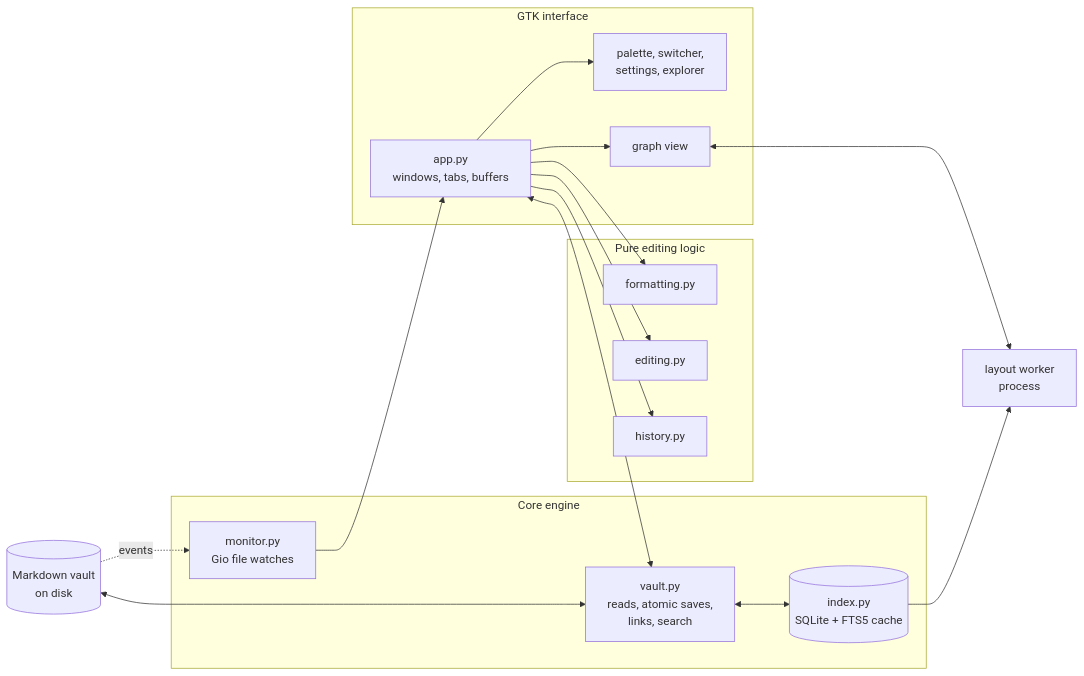
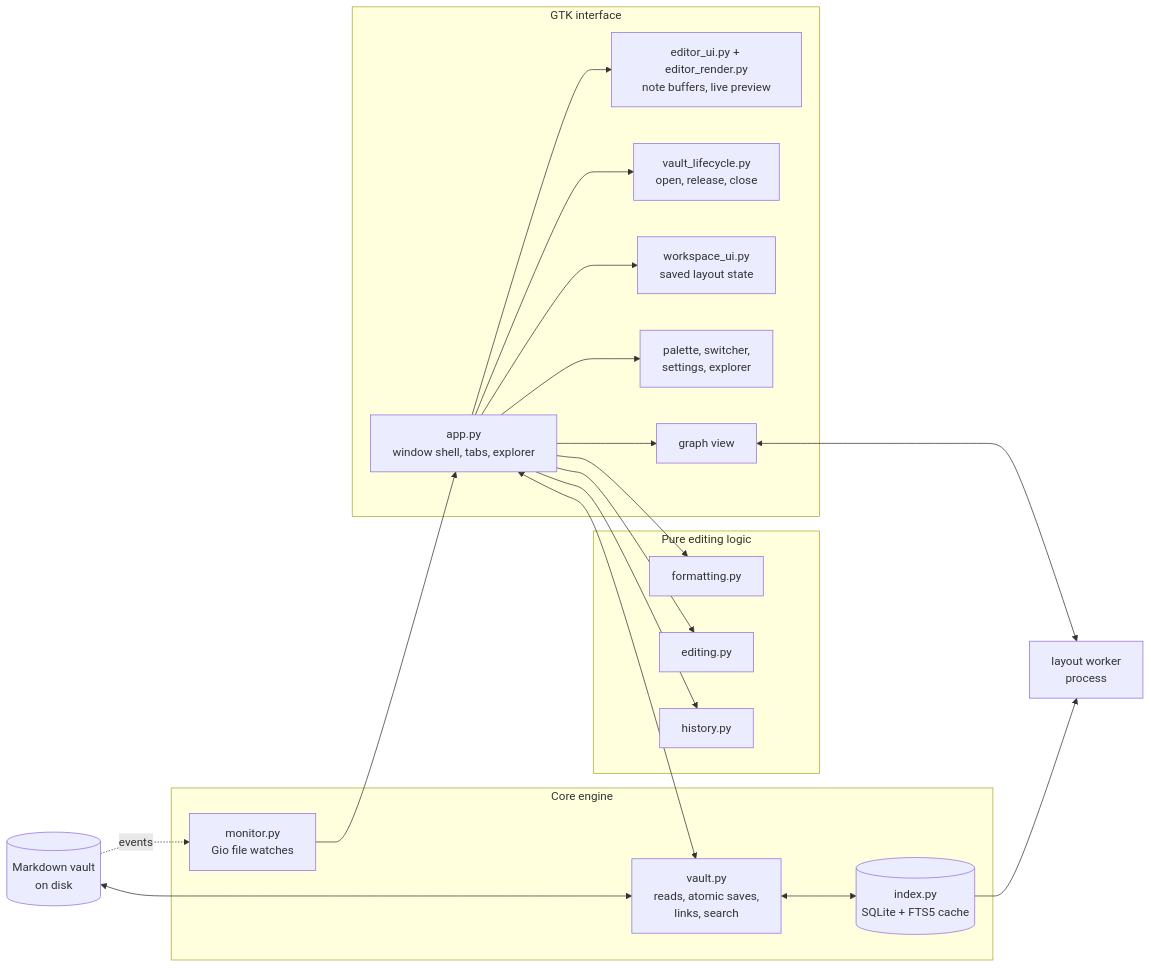
One commit to nickpio/libre-vault changed the diagram in docs/architecture.md. Above: the diagram before and after it, drawn with Mermaid. The commit also changed other lines of this file and 6 other files, not shown here.

First line of the commit message:
Split editor and workspace logic into focused modules

````diff
--- a/docs/architecture.md
+++ b/docs/architecture.md
@@ -7,33 +7,39 @@
 ```mermaid
 flowchart LR
     FS[("Markdown vault<br/>on disk")]
     subgraph Core["Core engine"]
         Vault["vault.py<br/>reads, atomic saves,<br/>links, search"]
         Index[("index.py<br/>SQLite + FTS5 cache")]
         Monitor["monitor.py<br/>Gio file watches"]
     end
     subgraph Editing["Pure editing logic"]
         Formatting["formatting.py"]
         Edits["editing.py"]
         History["history.py"]
     end
     subgraph UI["GTK interface"]
-        App["app.py<br/>windows, tabs, buffers"]
+        App["app.py<br/>window shell, tabs, explorer"]
+        Editor["editor_ui.py + editor_render.py<br/>note buffers, live preview"]
+        Lifecycle["vault_lifecycle.py<br/>open, release, close"]
+        Work["workspace_ui.py<br/>saved layout state"]
         Panels["palette, switcher,<br/>settings, explorer"]
         Graph["graph view"]
     end
     Worker["layout worker<br/>process"]
 
     FS <--> Vault
     Vault <--> Index
     FS -. events .-> Monitor
     Monitor --> App
     App <--> Vault
+    App --> Editor
+    App --> Lifecycle
+    App --> Work
     App --> Formatting
     App --> Edits
     App --> History
     App --> Panels
     App --> Graph
     Graph <--> Worker
     Index --> Worker
 ```
````
